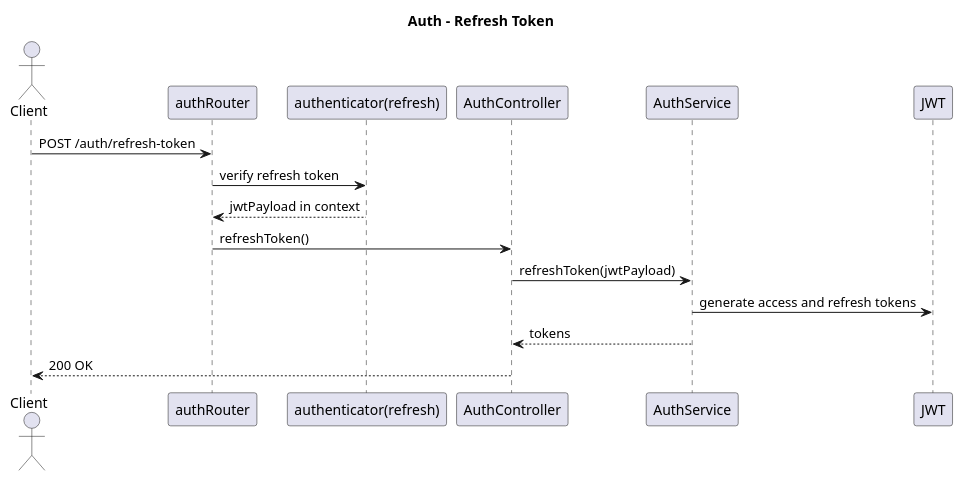
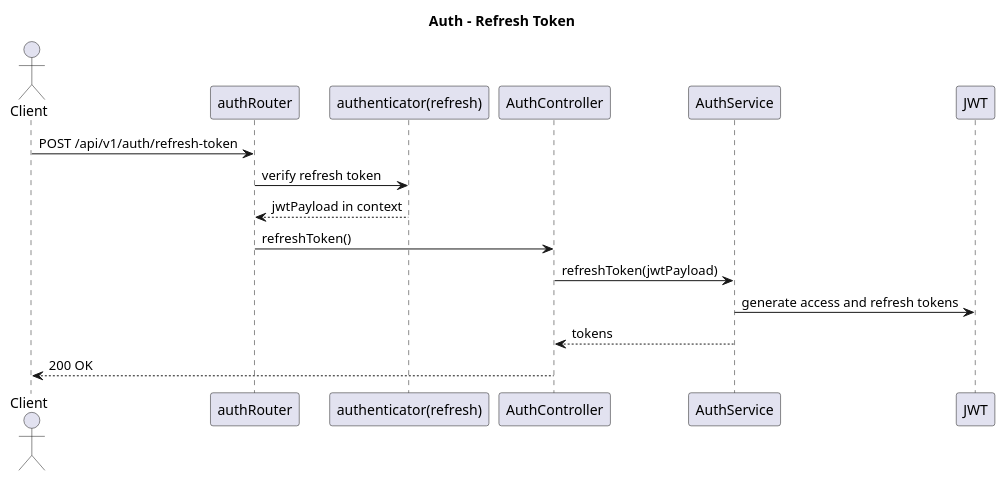
The fifth of 9 diagrams in docs/202605061020-auth-user-use-cases.md (sy-nt/CNPMM_BE), drawn with PlantUML before and after one commit. The commit also changed other lines of this file and 9 other files, not shown here.

````diff
--- a/docs/202605061020-auth-user-use-cases.md
+++ b/docs/202605061020-auth-user-use-cases.md
@@ -205,22 +224,22 @@
 ```plantuml
 @startuml
 title Auth - Refresh Token
 
 actor Client
 participant "authRouter" as Router
 participant "authenticator(refresh)" as Authenticator
 participant "AuthController" as Controller
 participant "AuthService" as Service
 participant "JWT" as JWT
 
-Client -> Router: POST /auth/refresh-token
+Client -> Router: POST /api/v1/auth/refresh-token
 Router -> Authenticator: verify refresh token
 Authenticator --> Router: jwtPayload in context
 Router -> Controller: refreshToken()
 Controller -> Service: refreshToken(jwtPayload)
 Service -> JWT: generate access and refresh tokens
 Service --> Controller: tokens
 Controller --> Client: 200 OK
 
 @enduml
 ```
````
